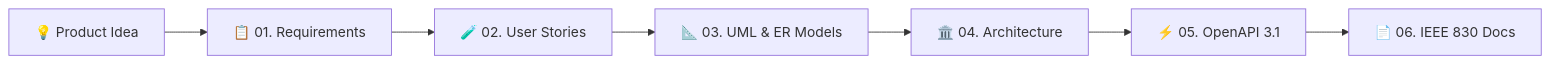
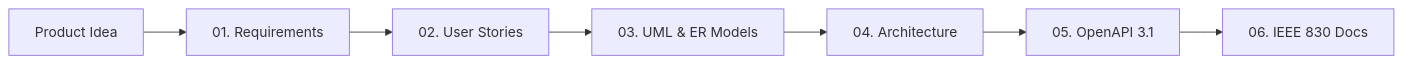
One commit to hashfydr/SEOS changed the diagram in README.md. Above: the diagram before and after it, drawn with Mermaid. The commit also changed other lines of this file, not shown here.

````diff
--- a/README.md
+++ b/README.md
@@ -48,9 +62,9 @@
 ```mermaid
 flowchart LR
-    A["💡 Product Idea"] --> B["📋 01. Requirements"]
-    B --> C["🧪 02. User Stories"]
-    C --> D["📐 03. UML & ER Models"]
-    D --> E["🏛️ 04. Architecture"]
-    E --> F["⚡ 05. OpenAPI 3.1"]
-    F --> G["📄 06. IEEE 830 Docs"]
+    A["Product Idea"] --> B["01. Requirements"]
+    B --> C["02. User Stories"]
+    C --> D["03. UML & ER Models"]
+    D --> E["04. Architecture"]
+    E --> F["05. OpenAPI 3.1"]
+    F --> G["06. IEEE 830 Docs"]
 ```
````
